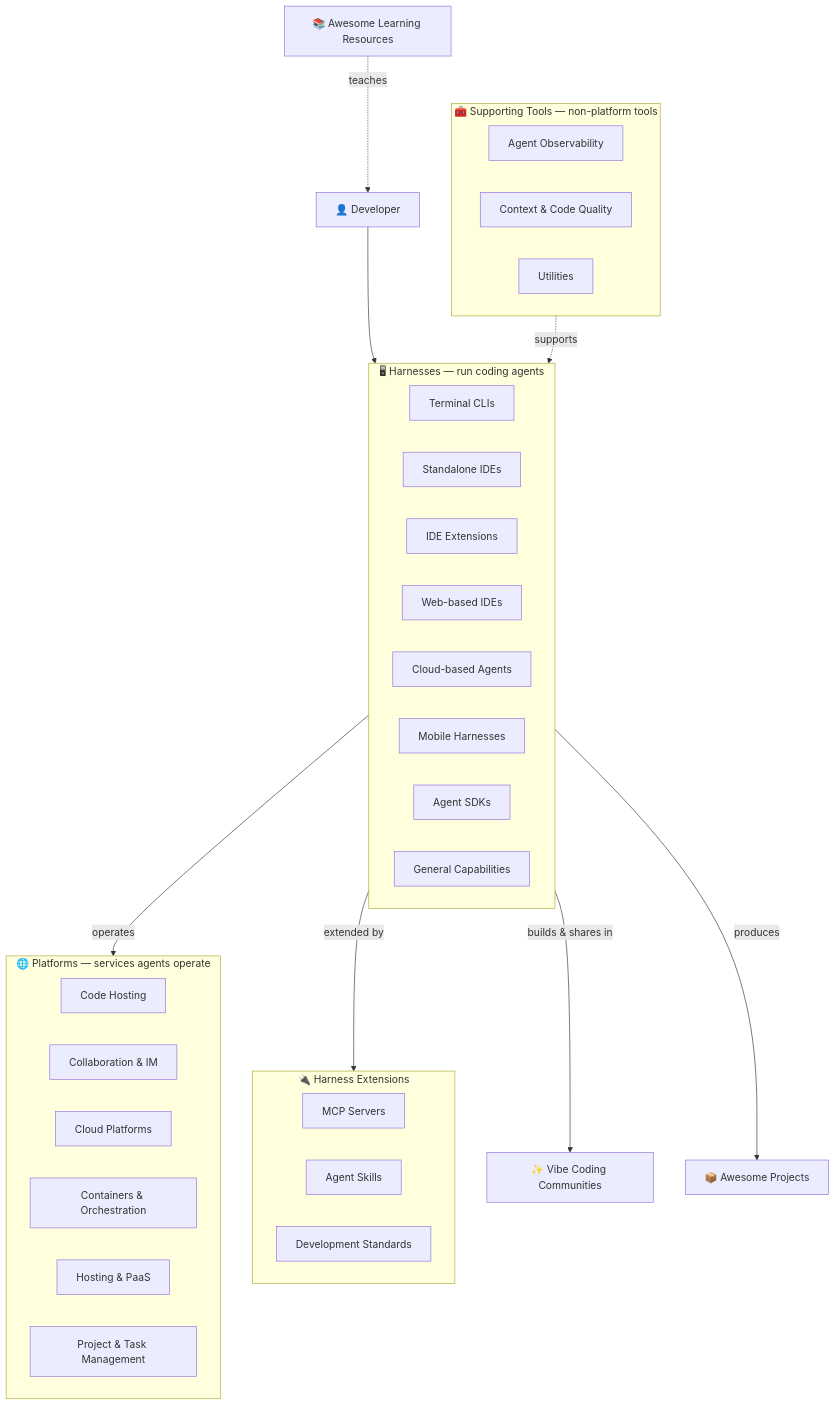
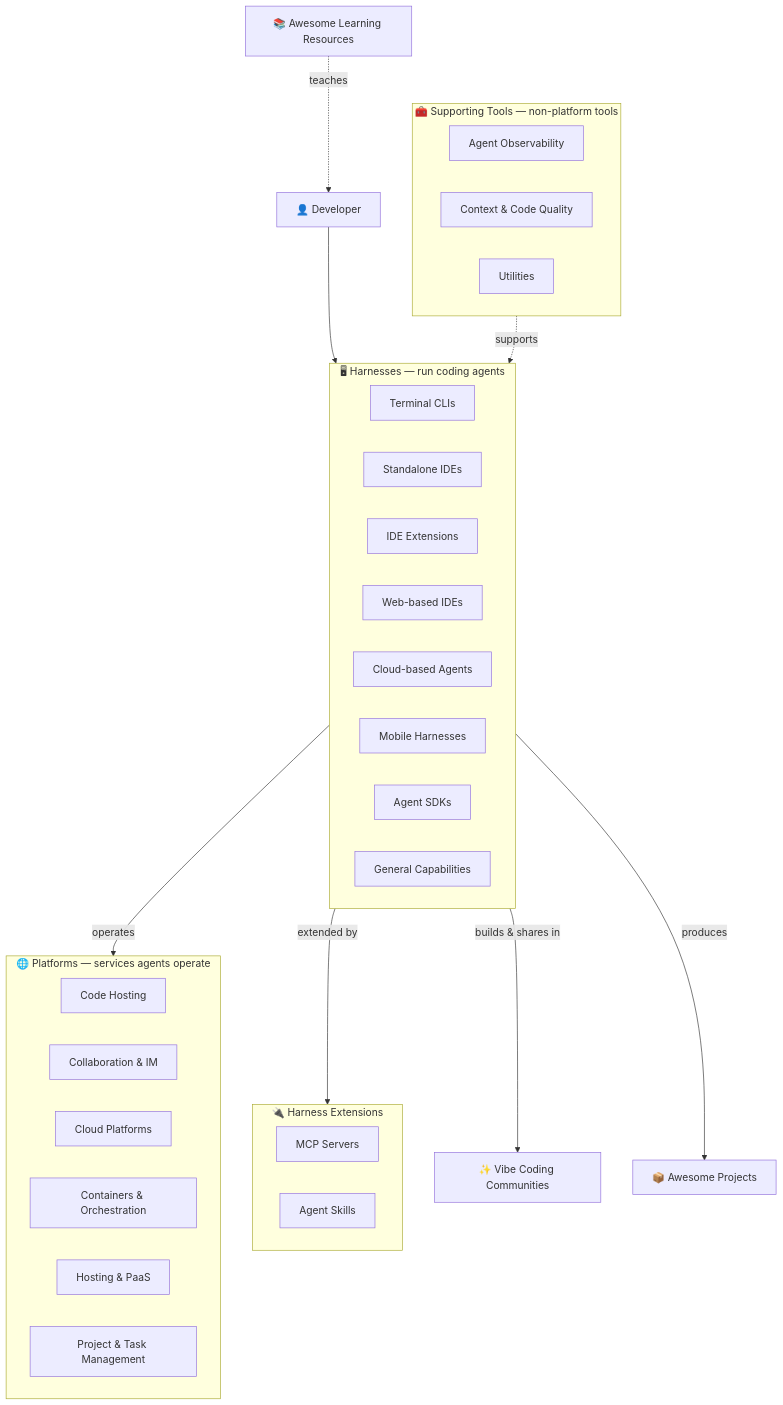
The diagram in README.md (SergiuPogor/Awesome-Vibe-Coding), drawn with Mermaid before and after one commit. The commit also changed other lines of this file and 7 other files, not shown here.

````diff
--- a/README.md
+++ b/README.md
@@ -24,52 +24,51 @@
 ```mermaid
 flowchart TB
     Dev["👤 Developer"]
 
     subgraph harnesses["🖥 Harnesses — run coding agents"]
         direction LR
         H1["Terminal CLIs"]
         H2["Standalone IDEs"]
         H3["IDE Extensions"]
         H4["Web-based IDEs"]
         H5["Cloud-based Agents"]
         H6["Mobile Harnesses"]
         H7["Agent SDKs"]
         H8["General Capabilities"]
     end
 
     subgraph platforms["🌐 Platforms — services agents operate"]
         direction LR
         P1["Code Hosting"]
         P2["Collaboration & IM"]
         P3["Cloud Platforms"]
         P4["Containers & Orchestration"]
         P5["Hosting & PaaS"]
         P6["Project & Task Management"]
     end
 
     subgraph capabilities["🔌 Harness Extensions"]
         direction LR
         C1["MCP Servers"]
         C2["Agent Skills"]
-        C3["Development Standards"]
     end
 
     Comm["✨ Vibe Coding Communities"]
     Proj["📦 Awesome Projects"]
     Learn["📚 Awesome Learning Resources"]
 
     subgraph support["🧰 Supporting Tools — non-platform tools"]
         direction LR
         S1["Agent Observability"]
         S2["Context & Code Quality"]
         S3["Utilities"]
     end
 
     Dev --> harnesses
     harnesses -->|operates| platforms
     harnesses -->|extended by| capabilities
     harnesses -->|builds & shares in| Comm
     harnesses -->|produces| Proj
     support -.->|supports| harnesses
     Learn -.->|teaches| Dev
 ```
````
